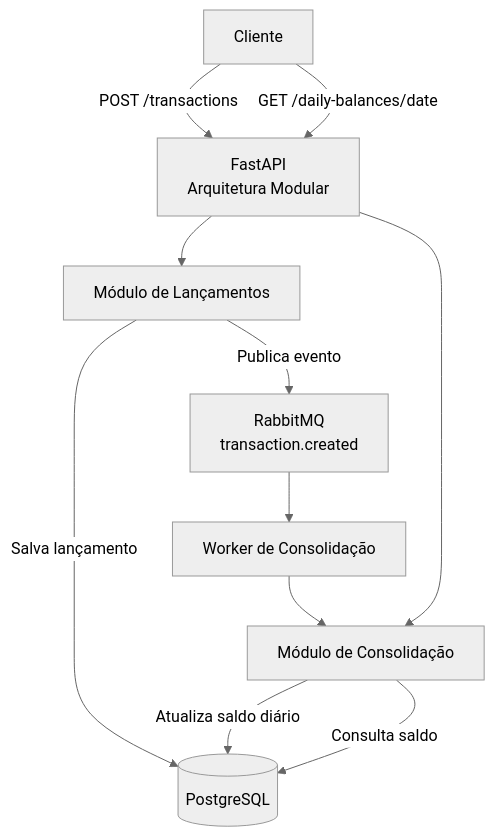
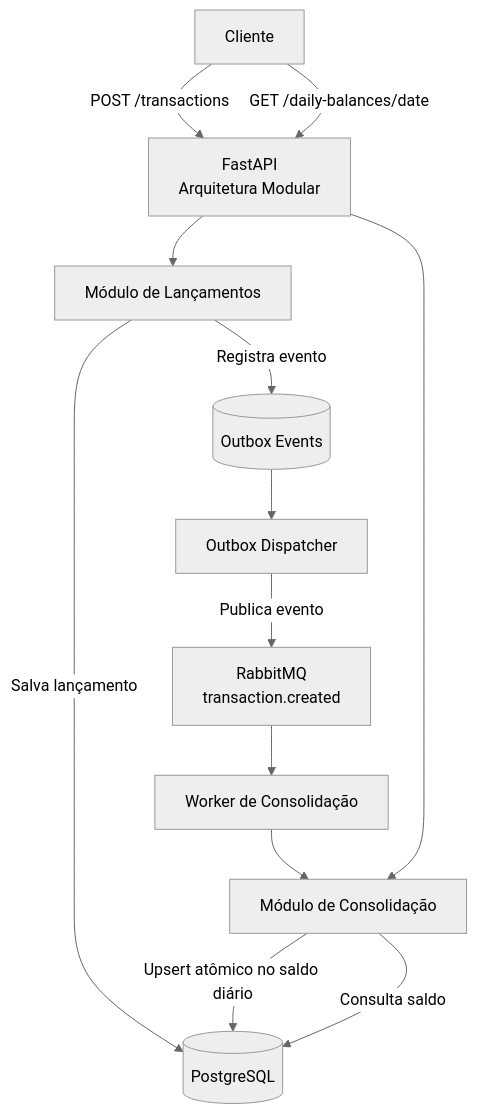
Before and after one commit to evosoftwares/cashflow-challenge-Gabriel: the diagram in README.md, drawn with Mermaid (neutral theme). The commit also changed other lines of this file and 28 other files, not shown here.

````diff
--- a/README.md
+++ b/README.md
@@ -19,20 +19,24 @@
 ```mermaid
 flowchart TD
     CLIENT[Cliente]
     API[FastAPI<br/>Arquitetura Modular]
     TX[Módulo de Lançamentos]
+    OUTBOX[(Outbox Events)]
+    DISPATCHER[Outbox Dispatcher]
     DB[(PostgreSQL)]
     MQ[RabbitMQ<br/>transaction.created]
     WORKER[Worker de Consolidação]
     BAL[Módulo de Consolidação]
     CLIENT -->|POST /transactions| API
     API --> TX
     TX -->|Salva lançamento| DB
-    TX -->|Publica evento| MQ
+    TX -->|Registra evento| OUTBOX
+    OUTBOX --> DISPATCHER
+    DISPATCHER -->|Publica evento| MQ
     MQ --> WORKER
     WORKER --> BAL
-    BAL -->|Atualiza saldo diário| DB
+    BAL -->|Upsert atômico no saldo diário| DB
     CLIENT -->|GET /daily-balances/date| API
     API --> BAL
     BAL -->|Consulta saldo| DB
 ```
````
